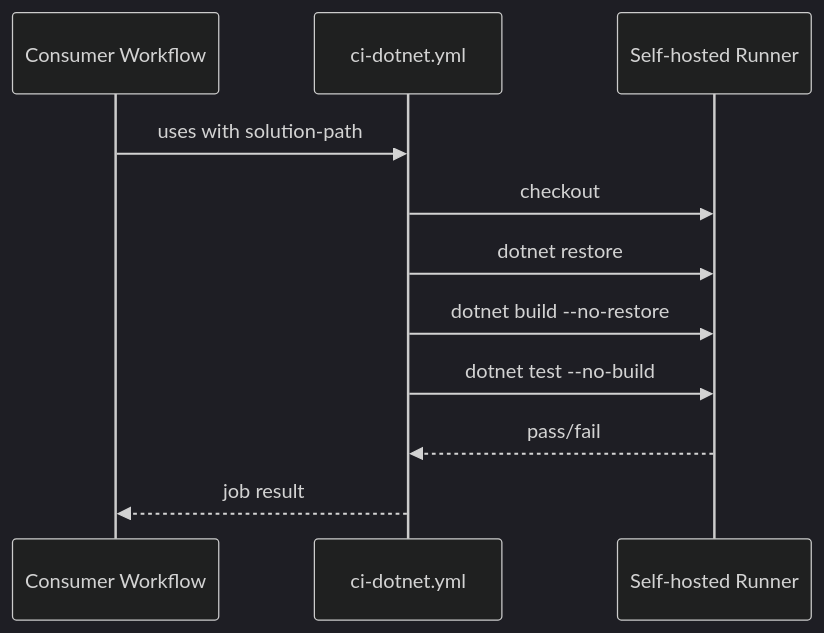
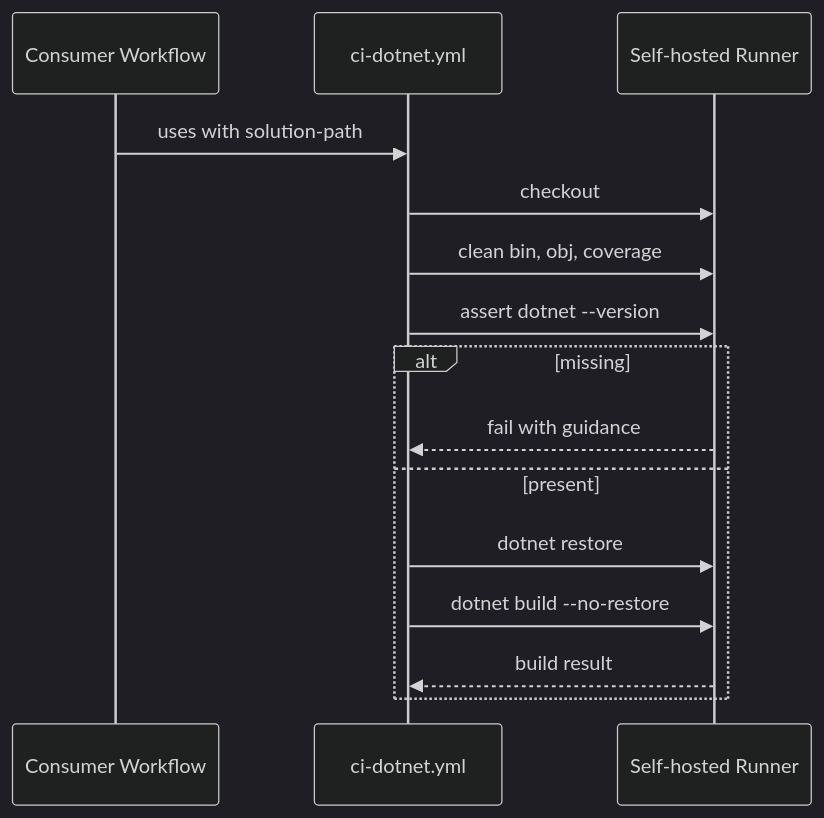
Before and after one commit to Klark-Morrigan/Common-DotNet: the second of 9 diagrams in docs/dev/implementation/2 - shared dotnet ci/plan.md, drawn with Mermaid (dark theme). The commit also changed other lines of this file, not shown here.

````diff
--- a/docs/dev/implementation/2 - shared dotnet ci/plan.md
+++ b/docs/dev/implementation/2 - shared dotnet ci/plan.md
@@ -74,13 +94,17 @@
 ```mermaid
 sequenceDiagram
   participant C as Consumer Workflow
   participant W as ci-dotnet.yml
   participant R as Self-hosted Runner
   C->>W: uses with solution-path
   W->>R: checkout
-  W->>R: dotnet restore
-  W->>R: dotnet build --no-restore
-  W->>R: dotnet test --no-build
-  R-->>W: pass/fail
-  W-->>C: job result
+  W->>R: clean bin, obj, coverage
+  W->>R: assert dotnet --version
+  alt missing
+    R-->>W: fail with guidance
+  else present
+    W->>R: dotnet restore
+    W->>R: dotnet build --no-restore
+    R-->>W: build result
+  end
 ```
````
